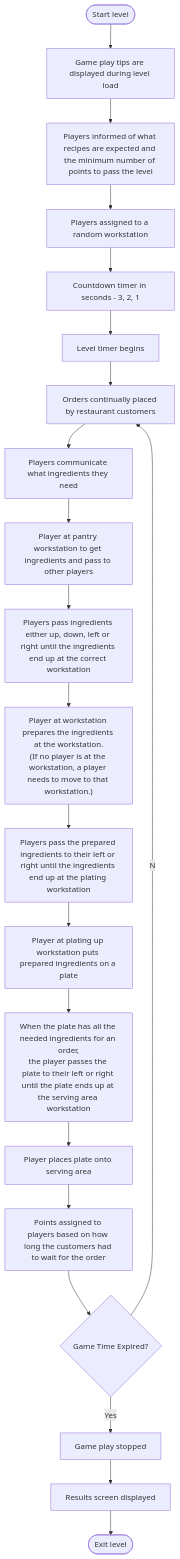
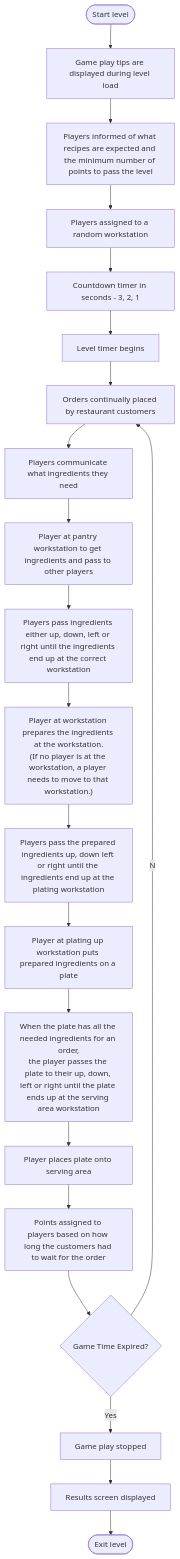
One commit to snowmeltarcade/projectkitchen changed the second of 2 diagrams in documentation/functional/game_play.md. Above: the diagram before and after it, drawn with Mermaid. The commit also changed other lines of this file, not shown here.

````diff
--- a/documentation/functional/game_play.md
+++ b/documentation/functional/game_play.md
@@ -60,23 +64,23 @@
 ```mermaid
 flowchart TB;
     start_level([Start level])-->game_play_tips[Game play tips are displayed during level load];
     game_play_tips-->level_goals[Players informed of what recipes are expected and the minimum number of points to pass the level];
     level_goals-->assignments[Players assigned to a random workstation];
     assignments-->countdown[Countdown timer in seconds - 3, 2, 1];
     countdown-->level_timer_begins[Level timer begins];
     level_timer_begins-->orders_placed[Orders continually placed by restaurant customers];
     orders_placed-->communication[Players communicate what ingredients they need];
     communication-->pantry_ingredients[Player at pantry workstation to get ingredients and pass to other players];
     pantry_ingredients-->passing_ingredients[Players pass ingredients either up, down, left or right until the ingredients end up at the correct workstation];
     passing_ingredients-->prepare_ingredients["Player at workstation prepares the ingredients at the workstation.<br/>(If no player is at the workstation, a player needs to move to that workstation.)"];
-    prepare_ingredients-->passing_prepared_ingredients[Players pass the prepared ingredients to their left or right until the ingredients end up at the plating workstation];
+    prepare_ingredients-->passing_prepared_ingredients["Players pass the prepared ingredients up, down left or right until the ingredients end up at the plating workstation"];
     passing_prepared_ingredients-->plating_up[Player at plating up workstation puts prepared ingredients on a plate];
-    plating_up-->pass_plate_to_serving_area[When the plate has all the needed ingredients for an order,<br/>the player passes the plate to their left or right until the plate ends up at the serving area workstation];
+    plating_up-->pass_plate_to_serving_area[When the plate has all the needed ingredients for an order,<br/>the player passes the plate to their up, down, left or right until the plate ends up at the serving area workstation];
     pass_plate_to_serving_area-->serving_plate[Player places plate onto serving area];
     serving_plate-->points_assigned[Points assigned to players based on how long the customers had to wait for the order];
     points_assigned-->game_time_expired{Game Time Expired?};
     game_time_expired--No-->orders_placed;
     game_time_expired--Yes-->game_play_stopped[Game play stopped];
     game_play_stopped-->results_screen[Results screen displayed];
     results_screen-->exit_level([Exit level]);
 ```
````
